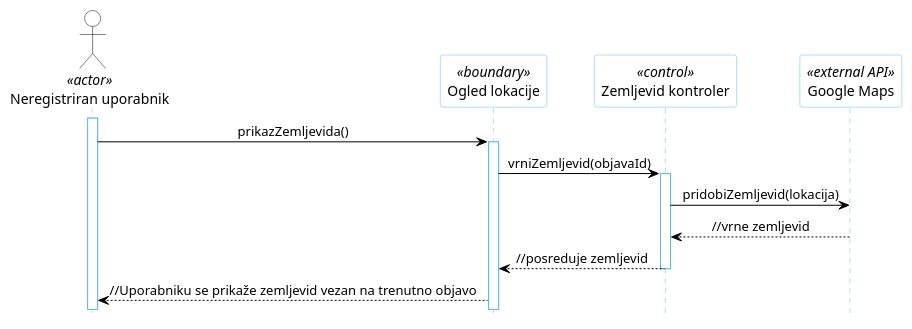
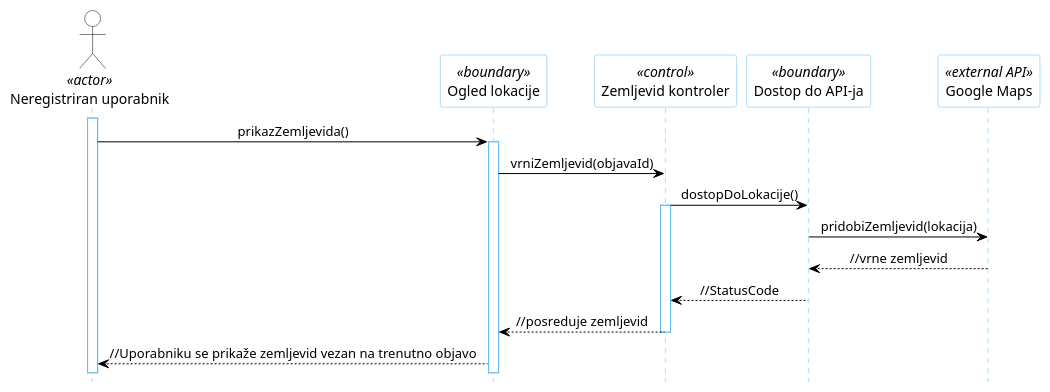
The diagram in docs/gradivo/plantuml/DZ/22a.puml (kupinah/test-tpo), drawn with PlantUML before and after one commit. The commit also changed 21 other files, not shown here.

```diff
--- a/docs/gradivo/plantuml/DZ/22a.puml
+++ b/docs/gradivo/plantuml/DZ/22a.puml
@@ -1,30 +1,33 @@
 @startuml
 hide footbox
 
 skinparam backgroundcolor transparent
 skinparam defaultTextAlignment center
 skinparam actorBorderColor black
 skinparam actorBackgroundColor white
 skinparam arrowColor black  
 skinparam sequenceLifeLineBorderColor #5FB8EC
 skinparam sequenceParticipantBorderColor #5FB8EC
 skinparam sequenceParticipantBackgroundColor white
 
 actor "Neregistriran uporabnik" as U1 <<actor>>
 
 participant "Ogled lokacije" as R5 <<boundary>>
 participant "Zemljevid kontroler" as R2 <<control>>
+participant "Dostop do API-ja" as R6 <<boundary>>
 participant "Google Maps" as R4 <<external API>>
 
 
 activate U1
 U1 -> R5: prikazZemljevida()
 activate R5
 R5 -> R2: vrniZemljevid(objavaId)
+R2 -> R6: dostopDoLokacije()
 activate R2
-R2 -> R4: pridobiZemljevid(lokacija)
-R4 --> R2: //vrne zemljevid
+R6 -> R4: pridobiZemljevid(lokacija)
+R4 --> R6: //vrne zemljevid
+R6 --> R2: //StatusCode
 R2 --> R5: //posreduje zemljevid
 deactivate R2
 R5 --> U1: //Uporabniku se prikaže zemljevid vezan na trenutno objavo
 @enduml
```
